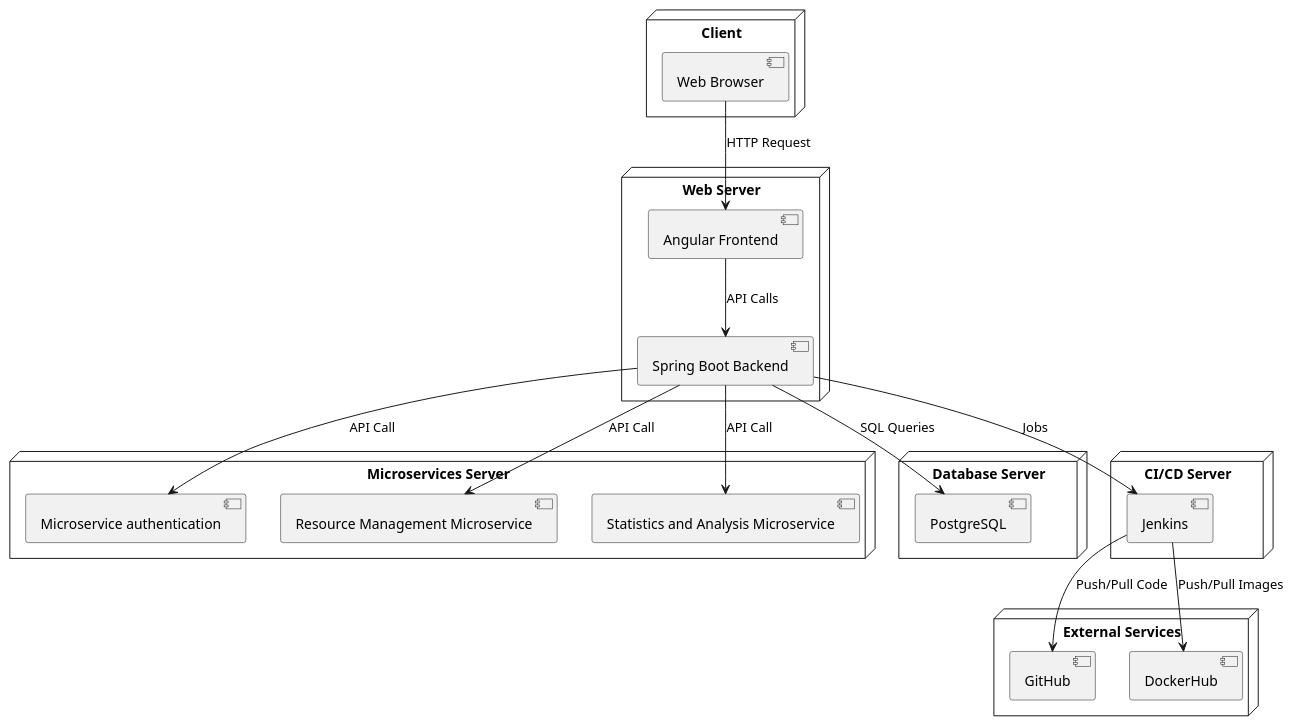
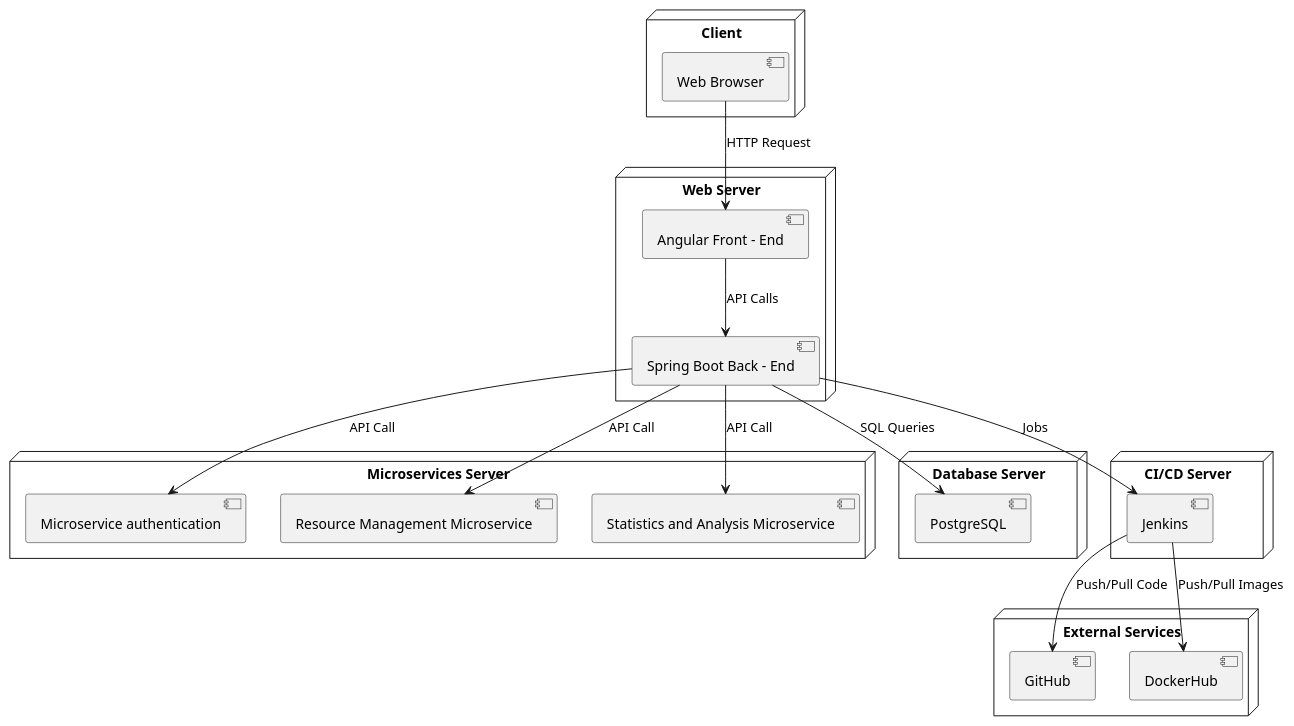
Before and after one commit to ANTHONYPACHAY/repo_devops: the diagram in diagrams/despliegue.puml, drawn with PlantUML. The commit also changed 16 other files, not shown here.

```diff
--- a/diagrams/despliegue.puml
+++ b/diagrams/despliegue.puml
@@ -1,39 +1,39 @@
 @startuml
 node "Client" {
     [Web Browser]
 }
 
 node "Web Server" {
-    [Angular Frontend]
-    [Spring Boot Backend]
+    [Angular Front - End]
+    [Spring Boot Back - End]
 }
 
 node "Microservices Server" {
     [Microservice authentication] as m1
     [Resource Management Microservice] as m2
     [Statistics and Analysis Microservice] as m3
 }
 
 node "Database Server" {
     [PostgreSQL]
 }
 
 node "CI/CD Server" {
     [Jenkins]
 }
 
 node "External Services" {
     [GitHub]
     [DockerHub]
 }
 
-[Web Browser] --> [Angular Frontend] : HTTP Request
-[Angular Frontend] --> [Spring Boot Backend] : API Calls
-[Spring Boot Backend] --> [PostgreSQL] : SQL Queries
-[Spring Boot Backend] --> m1 : API Call
-[Spring Boot Backend] --> m2 : API Call
-[Spring Boot Backend] --> m3 : API Call
-[Spring Boot Backend] --> [Jenkins] : Jobs
+[Web Browser] --> [Angular Front - End] : HTTP Request
+[Angular Front - End] --> [Spring Boot Back - End] : API Calls
+[Spring Boot Back - End] --> [PostgreSQL] : SQL Queries
+[Spring Boot Back - End] --> m1 : API Call
+[Spring Boot Back - End] --> m2 : API Call
+[Spring Boot Back - End] --> m3 : API Call
+[Spring Boot Back - End] --> [Jenkins] : Jobs
 [Jenkins] --> [GitHub] : Push/Pull Code
 [Jenkins] --> [DockerHub] : Push/Pull Images
 @enduml
```
